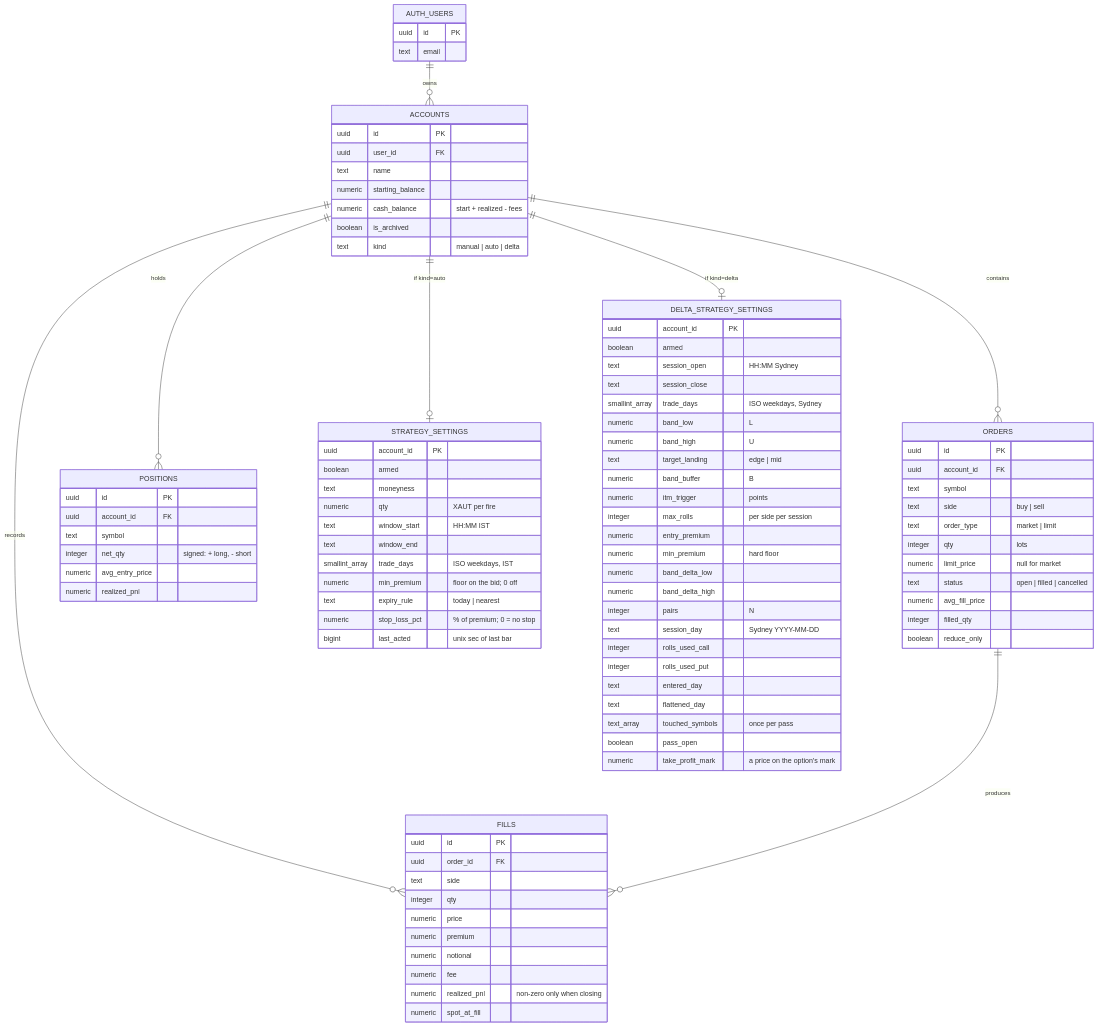
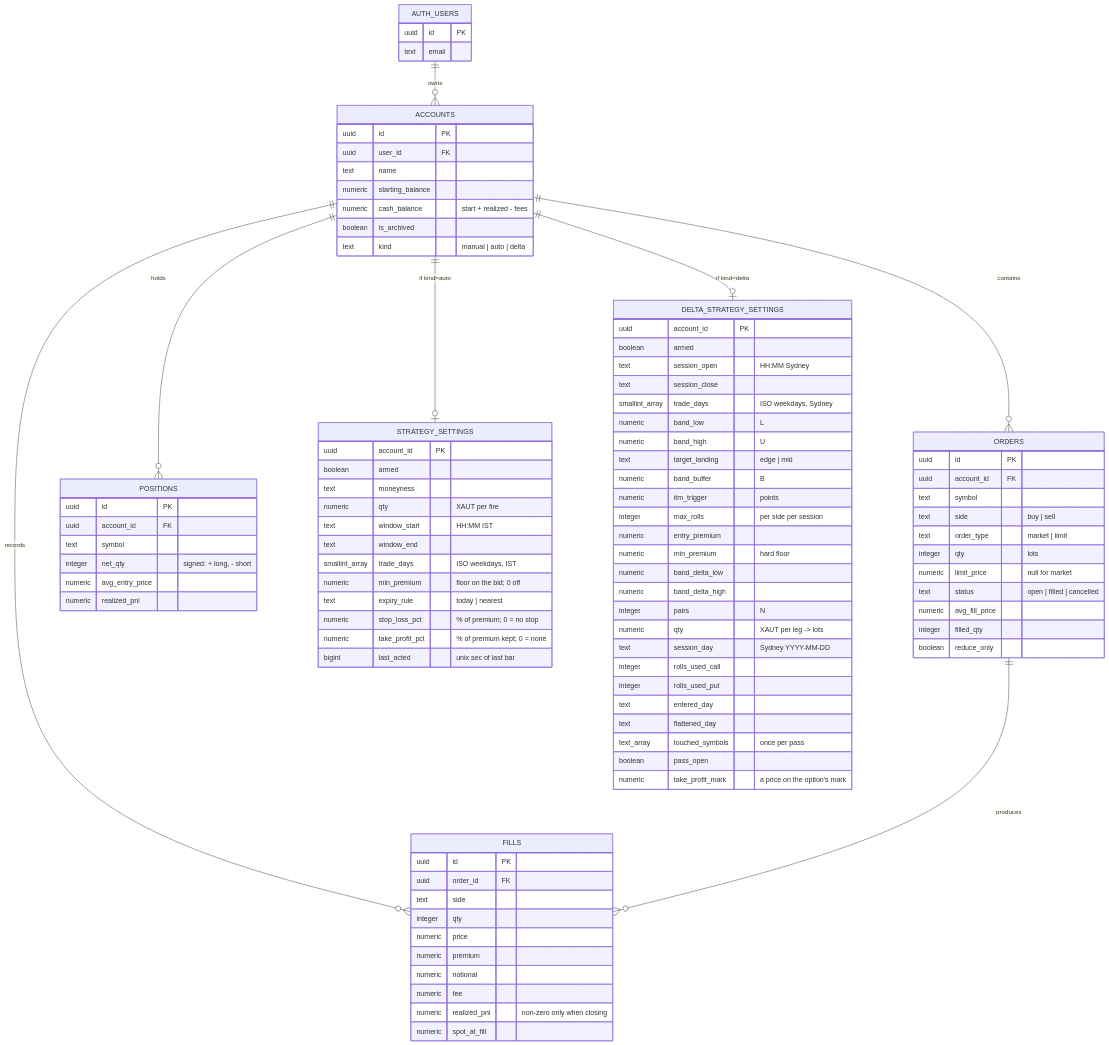
Before and after one commit to Vitti-Capital-Tech/XAUT-Options: the first of 6 diagrams in docs/LLD.md, drawn with Mermaid. The commit also changed other lines of this file and 9 other files, not shown here.

```diff
--- a/docs/LLD.md
+++ b/docs/LLD.md
@@ -75,6 +75,7 @@
         numeric min_premium "floor on the bid; 0 off"
         text expiry_rule "today | nearest"
         numeric stop_loss_pct "% of premium; 0 = no stop"
+        numeric take_profit_pct "% of premium kept; 0 = none"
         bigint last_acted "unix sec of last bar"
     }
     DELTA_STRATEGY_SETTINGS {
@@ -94,6 +95,7 @@
         numeric band_delta_low
         numeric band_delta_high
         integer pairs "N"
+        numeric qty "XAUT per leg -> lots"
         text session_day "Sydney YYYY-MM-DD"
         integer rolls_used_call
         integer rolls_used_put
```
